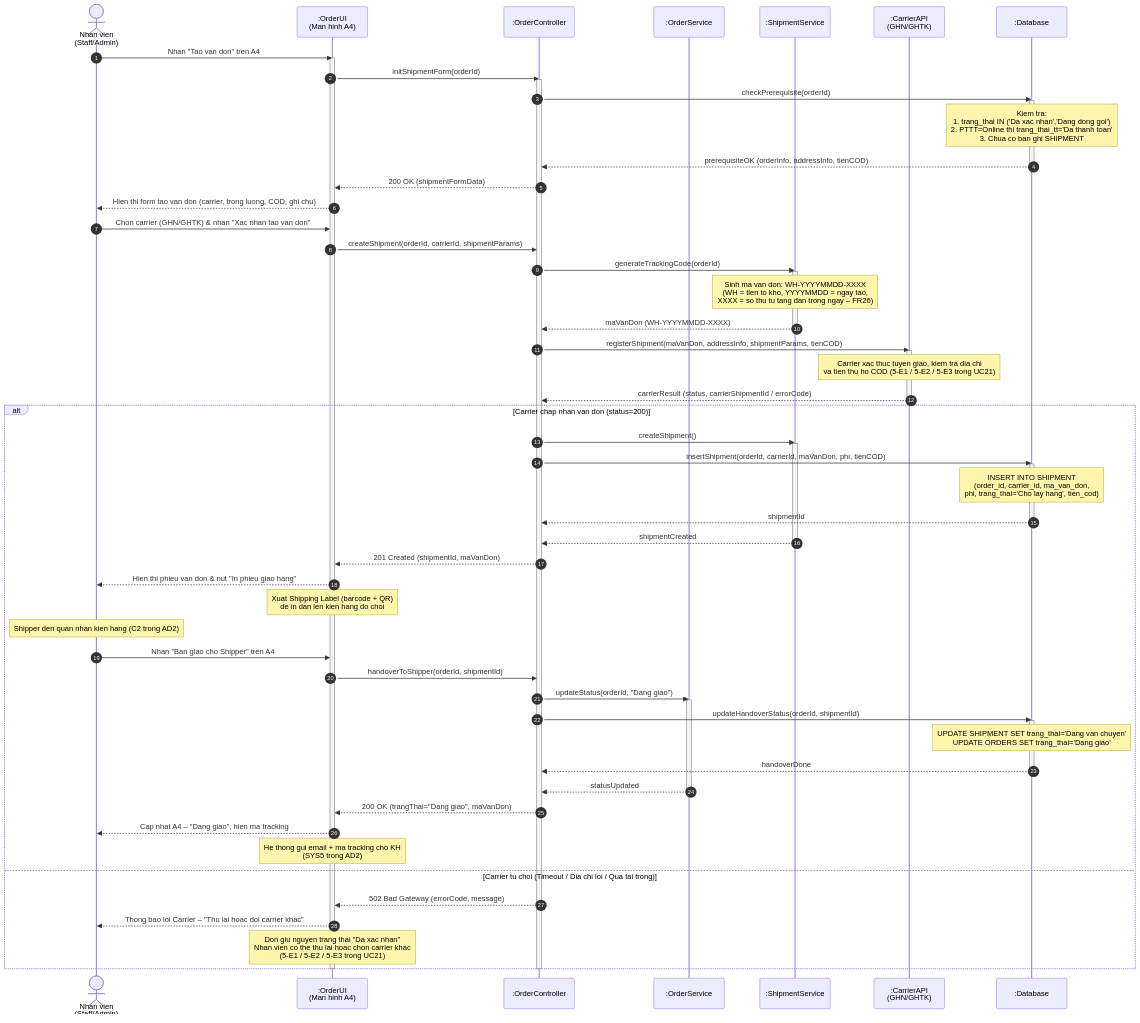
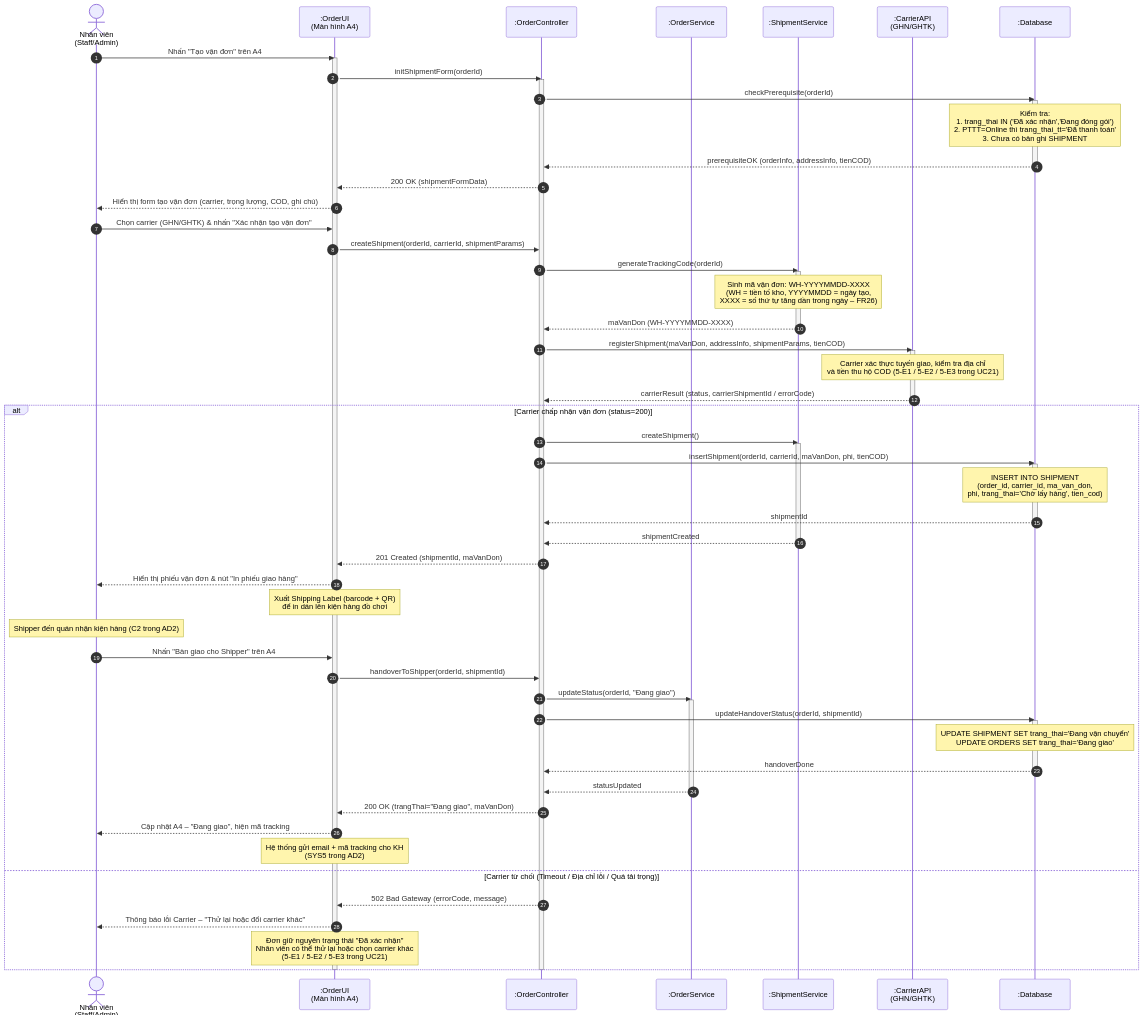
Before and after one commit to Axigami/Online-Sales-Management-System-for-a-Small-Toy-Store: the second of 2 diagrams in scr/04_ThietKe/02_sequence/SD3.md, drawn with Mermaid. The commit also changed other lines of this file and 9 other files, not shown here.

````diff
--- a/scr/04_ThietKe/02_sequence/SD3.md
+++ b/scr/04_ThietKe/02_sequence/SD3.md
@@ -142,8 +142,8 @@
 ```mermaid
 sequenceDiagram
     autonumber
-    actor Staff as Nhan vien<br/>(Staff/Admin)
-    participant UI as :OrderUI<br/>(Man hinh A4)
+    actor Staff as Nhân viên<br/>(Staff/Admin)
+    participant UI as :OrderUI<br/>(Màn hình A4)
     participant Ctrl as :OrderController
     participant OrdSvc as :OrderService
     participant ShipSvc as :ShipmentService
@@ -151,73 +151,73 @@
     participant DB as :Database
 
     %% BƯỚC 1: Mở form tạo vận đơn
-    Staff->>UI: Nhan "Tao van don" tren A4
+    Staff->>UI: Nhấn "Tạo vận đơn" trên A4
     activate UI
     UI->>Ctrl: initShipmentForm(orderId)
     activate Ctrl
     Ctrl->>DB: checkPrerequisite(orderId)
     activate DB
-    Note over DB: Kiem tra:<br/>1. trang_thai IN ('Da xac nhan','Dang dong goi')<br/>2. PTTT=Online thi trang_thai_tt='Da thanh toan'<br/>3. Chua co ban ghi SHIPMENT
+    Note over DB: Kiểm tra:<br/>1. trang_thai IN ('Đã xác nhận','Đang đóng gói')<br/>2. PTTT=Online thì trang_thai_tt='Đã thanh toán'<br/>3. Chưa có bản ghi SHIPMENT
     DB-->>Ctrl: prerequisiteOK (orderInfo, addressInfo, tienCOD)
     deactivate DB
     Ctrl-->>UI: 200 OK (shipmentFormData)
-    UI-->>Staff: Hien thi form tao van don (carrier, trong luong, COD, ghi chu)
+    UI-->>Staff: Hiển thị form tạo vận đơn (carrier, trọng lượng, COD, ghi chú)
 
     %% BƯỚC 2: Sinh mã vận đơn & gửi sang Carrier API
-    Staff->>UI: Chon carrier (GHN/GHTK) & nhan "Xac nhan tao van don"
+    Staff->>UI: Chọn carrier (GHN/GHTK) & nhấn "Xác nhận tạo vận đơn"
     UI->>Ctrl: createShipment(orderId, carrierId, shipmentParams)
 
     Ctrl->>ShipSvc: generateTrackingCode(orderId)
     activate ShipSvc
-    Note over ShipSvc: Sinh ma van don: WH-YYYYMMDD-XXXX<br/>(WH = tien to kho, YYYYMMDD = ngay tao,<br/>XXXX = so thu tu tang dan trong ngay – FR26)
+    Note over ShipSvc: Sinh mã vận đơn: WH-YYYYMMDD-XXXX<br/>(WH = tiền tố kho, YYYYMMDD = ngày tạo,<br/>XXXX = số thứ tự tăng dần trong ngày – FR26)
     ShipSvc-->>Ctrl: maVanDon (WH-YYYYMMDD-XXXX)
     deactivate ShipSvc
 
     Ctrl->>Carrier: registerShipment(maVanDon, addressInfo, shipmentParams, tienCOD)
     activate Carrier
-    Note over Carrier: Carrier xac thuc tuyen giao, kiem tra dia chi<br/>va tien thu ho COD (5-E1 / 5-E2 / 5-E3 trong UC21)
+    Note over Carrier: Carrier xác thực tuyến giao, kiểm tra địa chỉ<br/>và tiền thu hộ COD (5-E1 / 5-E2 / 5-E3 trong UC21)
     Carrier-->>Ctrl: carrierResult (status, carrierShipmentId / errorCode)
     deactivate Carrier
 
     %% BƯỚC 3: Rẽ nhánh theo kết quả Carrier
-    alt Carrier chap nhan van don (status=200)
+    alt Carrier chấp nhận vận đơn (status=200)
 
         Ctrl->>ShipSvc: createShipment()
         activate ShipSvc
         Ctrl->>DB: insertShipment(orderId, carrierId, maVanDon, phi, tienCOD)
         activate DB
-        Note over DB: INSERT INTO SHIPMENT<br/>(order_id, carrier_id, ma_van_don,<br/>phi, trang_thai='Cho lay hang', tien_cod)
+        Note over DB: INSERT INTO SHIPMENT<br/>(order_id, carrier_id, ma_van_don,<br/>phi, trang_thai='Chờ lấy hàng', tien_cod)
         DB-->>Ctrl: shipmentId
         deactivate DB
         ShipSvc-->>Ctrl: shipmentCreated
         deactivate ShipSvc
 
         Ctrl-->>UI: 201 Created (shipmentId, maVanDon)
-        UI-->>Staff: Hien thi phieu van don & nut "In phieu giao hang"
-        Note over UI: Xuat Shipping Label (barcode + QR)<br/>de in dan len kien hang do choi
+        UI-->>Staff: Hiển thị phiếu vận đơn & nút "In phiếu giao hàng"
+        Note over UI: Xuất Shipping Label (barcode + QR)<br/>để in dán lên kiện hàng đồ chơi
 
         %% BƯỚC 4: Bàn giao Shipper (C2 trong AD2)
-        Note over Staff: Shipper den quan nhan kien hang (C2 trong AD2)
-        Staff->>UI: Nhan "Ban giao cho Shipper" tren A4
+        Note over Staff: Shipper đến quán nhận kiện hàng (C2 trong AD2)
+        Staff->>UI: Nhấn "Bàn giao cho Shipper" trên A4
         UI->>Ctrl: handoverToShipper(orderId, shipmentId)
-        Ctrl->>OrdSvc: updateStatus(orderId, "Dang giao")
+        Ctrl->>OrdSvc: updateStatus(orderId, "Đang giao")
         activate OrdSvc
         Ctrl->>DB: updateHandoverStatus(orderId, shipmentId)
         activate DB
-        Note over DB: UPDATE SHIPMENT SET trang_thai='Dang van chuyen'<br/>UPDATE ORDERS SET trang_thai='Dang giao'
+        Note over DB: UPDATE SHIPMENT SET trang_thai='Đang vận chuyển'<br/>UPDATE ORDERS SET trang_thai='Đang giao'
         DB-->>Ctrl: handoverDone
         deactivate DB
         OrdSvc-->>Ctrl: statusUpdated
         deactivate OrdSvc
-        Ctrl-->>UI: 200 OK (trangThai="Dang giao", maVanDon)
-        UI-->>Staff: Cap nhat A4 – "Dang giao", hien ma tracking
-        Note over UI: He thong gui email + ma tracking cho KH<br/>(SYS5 trong AD2)
+        Ctrl-->>UI: 200 OK (trangThai="Đang giao", maVanDon)
+        UI-->>Staff: Cập nhật A4 – "Đang giao", hiện mã tracking
+        Note over UI: Hệ thống gửi email + mã tracking cho KH<br/>(SYS5 trong AD2)
 
-    else Carrier tu choi (Timeout / Dia chi loi / Qua tai trong)
+    else Carrier từ chối (Timeout / Địa chỉ lỗi / Quá tải trọng)
 
         Ctrl-->>UI: 502 Bad Gateway (errorCode, message)
-        UI-->>Staff: Thong bao loi Carrier – "Thu lai hoac doi carrier khac"
-        Note over UI: Don giu nguyen trang thai "Da xac nhan"<br/>Nhan vien co the thu lai hoac chon carrier khac<br/>(5-E1 / 5-E2 / 5-E3 trong UC21)
+        UI-->>Staff: Thông báo lỗi Carrier – "Thử lại hoặc đổi carrier khác"
+        Note over UI: Đơn giữ nguyên trạng thái "Đã xác nhận"<br/>Nhân viên có thể thử lại hoặc chọn carrier khác<br/>(5-E1 / 5-E2 / 5-E3 trong UC21)
 
     end
     deactivate Ctrl
````
